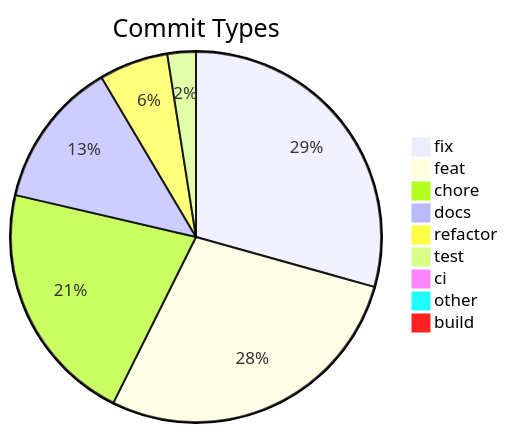
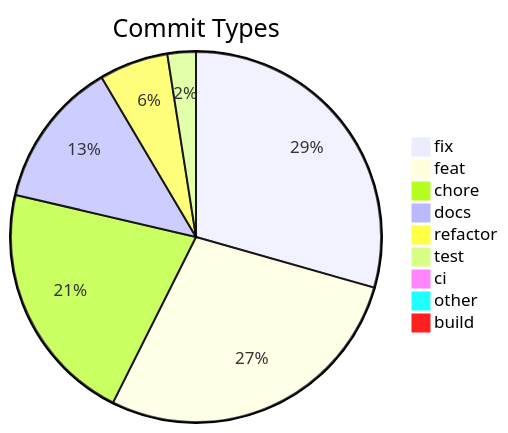
One commit to svenroth-ai/shipwright changed the diagram in .shipwright/compliance/change-history.md. Above: the diagram before and after it, drawn with Mermaid. The commit also changed other lines of this file and 12 other files, not shown here.

````diff
--- a/.shipwright/compliance/change-history.md
+++ b/.shipwright/compliance/change-history.md
@@ -8,12 +8,12 @@
 ```mermaid
 pie title Commit Types
-    "fix" : 331
+    "fix" : 332
     "feat" : 316
     "chore" : 240
     "docs" : 145
     "refactor" : 68
     "test" : 28
     "ci" : 11
     "other" : 9
     "build" : 1
 ```
````
